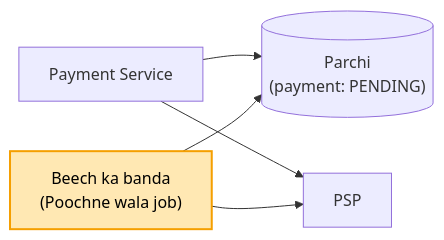
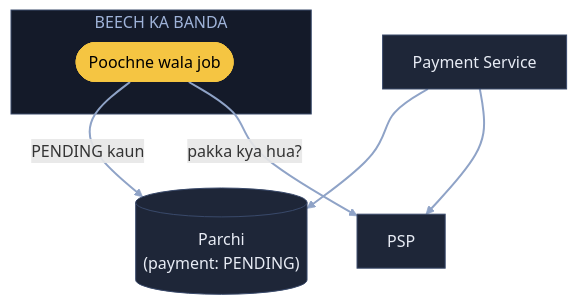
Before and after one commit to ArpanMaheshwari144/Prep: the third of 11 diagrams in 04_HLD/SYSTEM_DESIGNS/06_payment_system/06_payment_system.md, drawn with Mermaid. The commit also changed other lines of this file, not shown here.

Commit message:
Payment: 11 diagram YouTube (reel) wale card andaaz me

````diff
--- a/04_HLD/SYSTEM_DESIGNS/06_payment_system/06_payment_system.md
+++ b/04_HLD/SYSTEM_DESIGNS/06_payment_system/06_payment_system.md
@@ -69,8 +90,19 @@
 ```mermaid
-flowchart LR
-    S["Payment Service"] --> D[("Parchi<br/>(payment: PENDING)")]
-    S --> P["PSP"]
-    J["Beech ka banda<br/>(Poochne wala job)"] --> D
-    J --> P
-    style J fill:#ffe8b3,stroke:#f59f00,stroke-width:2px,color:#000
+flowchart TB
+    S["Payment Service"]:::card
+    D[("Parchi<br/>(payment: PENDING)")]:::card
+    P["PSP"]:::card
+    subgraph BB["BEECH KA BANDA"]
+        J(["Poochne wala job"]):::pill
+    end
+    S --> D
+    S --> P
+    J -- "PENDING kaun" --> D
+    J -- "pakka kya hua?" --> P
+    linkStyle default stroke:#8fa3c7,stroke-width:2px
+    classDef card fill:#1e2638,stroke:#3a4a6b,color:#e8ecf5
+    classDef pill fill:#f5c542,stroke:#f5c542,color:#000
+    classDef good fill:#2e7d4f,stroke:#3fbf6f,color:#fff
+    classDef bad fill:#5c1f24,stroke:#e05561,color:#fff
+    style BB fill:#141a29,stroke:#3a4a6b,color:#9fb3d9
 ```
````
